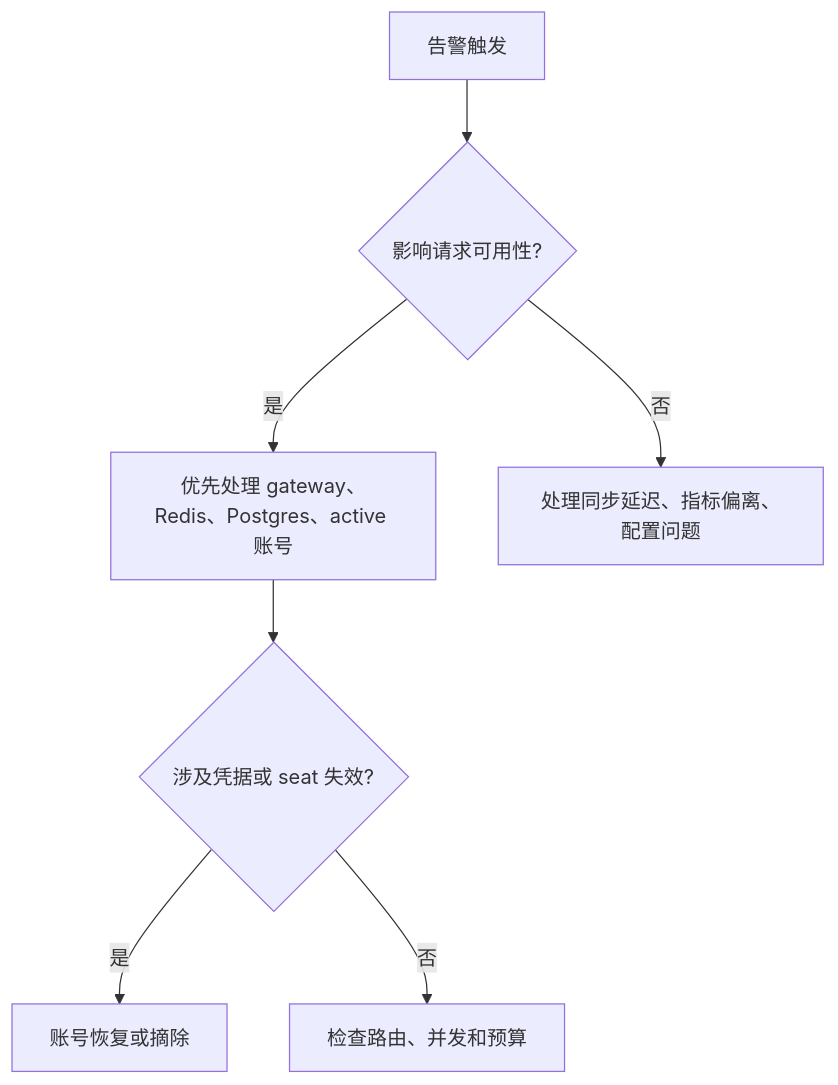
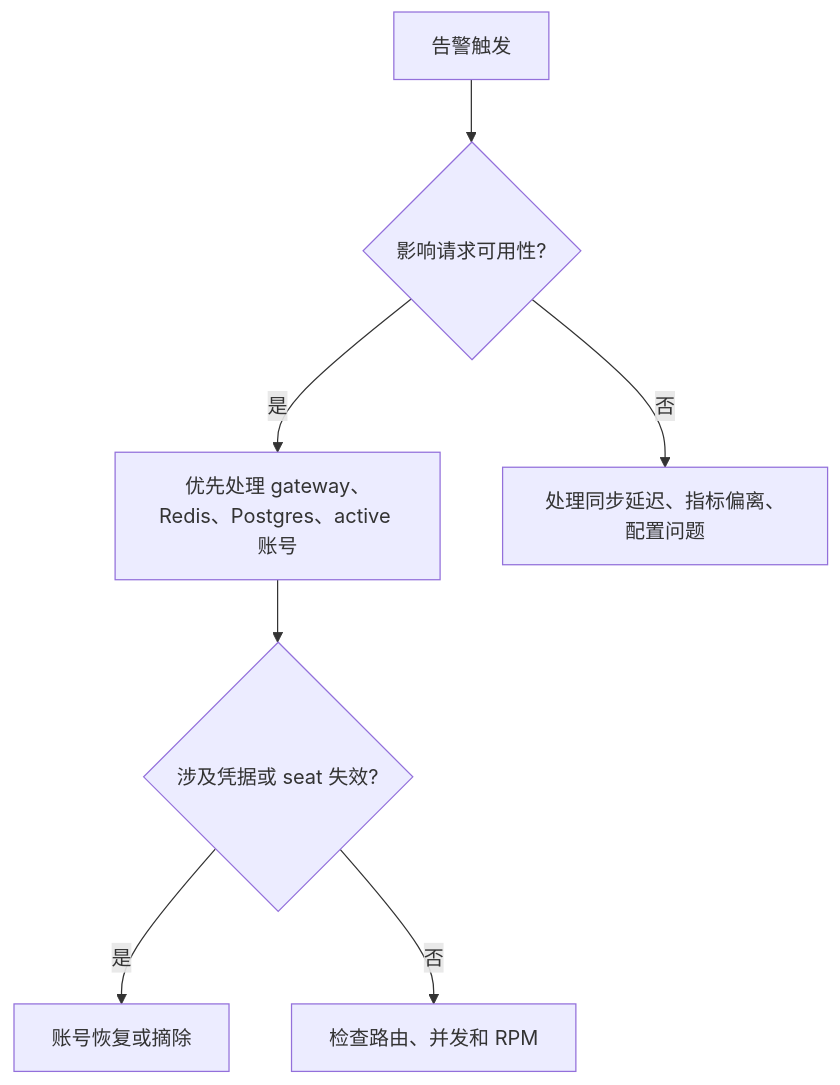
One commit to pczhao1210/ghcp-pool-proxy changed the eighth of 9 diagrams in docs/operations.zh.md. Above: the diagram before and after it, drawn with Mermaid. The commit also changed other lines of this file and 34 other files, not shown here.

First line of the commit message:
Publish runtime release 2026.09.12.1 (schema 21)

````diff
--- a/docs/operations.zh.md
+++ b/docs/operations.zh.md
@@ -592,9 +596,9 @@
 ```mermaid
 flowchart TD
   A["告警触发"] --> B{"影响请求可用性?"}
   B -->|"是"| C["优先处理 gateway、Redis、Postgres、active 账号"]
   B -->|"否"| D["处理同步延迟、指标偏离、配置问题"]
   C --> E{"涉及凭据或 seat 失效?"}
   E -->|"是"| F["账号恢复或摘除"]
-  E -->|"否"| G["检查路由、并发和预算"]
+  E -->|"否"| G["检查路由、并发和 RPM"]
 ```
````
